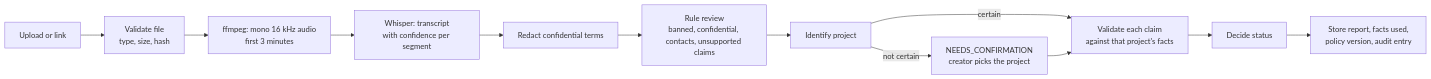
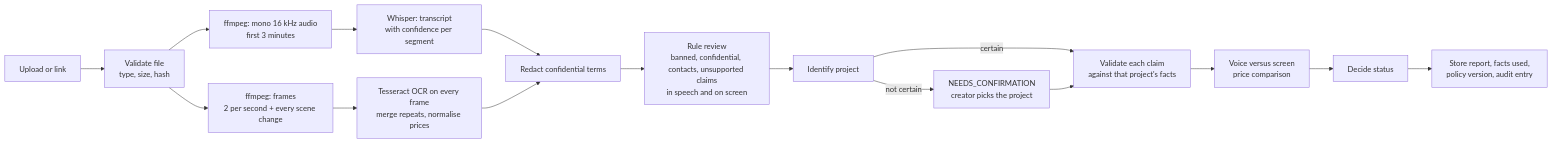
One commit to anuraggavit24/brandguard changed the second of 3 diagrams in README.md. Above: the diagram before and after it, drawn with Mermaid. The commit also changed other lines of this file, not shown here.

````diff
--- a/README.md
+++ b/README.md
@@ -110,14 +118,18 @@
 ```mermaid
 flowchart LR
     A[Upload or link] --> B[Validate file<br/>type, size, hash]
     B --> C[ffmpeg: mono 16 kHz audio<br/>first 3 minutes]
+    B --> C2[ffmpeg: frames<br/>2 per second + every scene change]
     C --> D[Whisper: transcript<br/>with confidence per segment]
+    C2 --> D2[Tesseract OCR on every frame<br/>merge repeats, normalise prices]
     D --> E[Redact confidential terms]
-    E --> F[Rule review<br/>banned, confidential, contacts, unsupported claims]
+    D2 --> E
+    E --> F[Rule review<br/>banned, confidential, contacts, unsupported claims<br/>in speech and on screen]
     F --> G[Identify project]
     G -->|certain| H[Validate each claim<br/>against that project's facts]
     G -->|not certain| I[NEEDS_CONFIRMATION<br/>creator picks the project]
     I --> H
-    H --> J[Decide status]
+    H --> H2[Voice versus screen<br/>price comparison]
+    H2 --> J[Decide status]
     J --> K[Store report, facts used,<br/>policy version, audit entry]
 ```
````
